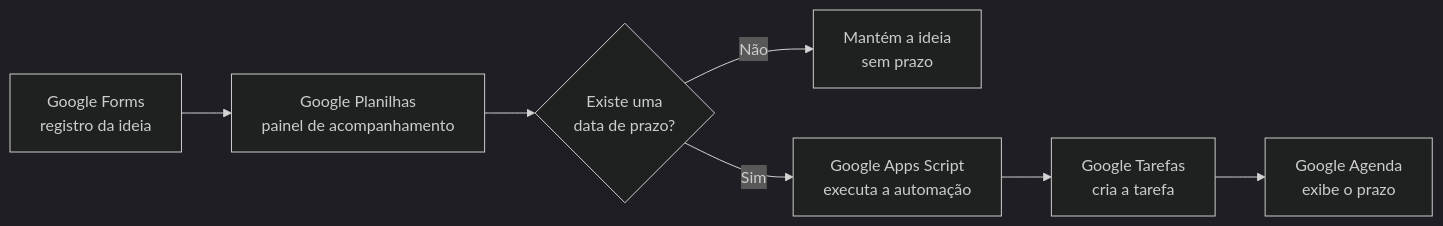
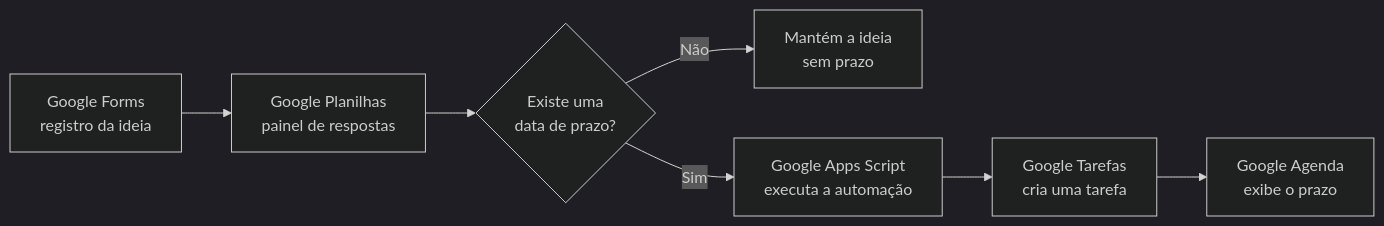
One commit to Moniquetceleuterio/fluxo-automatizado-de-ideias changed the diagram in README.md. Above: the diagram before and after it, drawn with Mermaid (dark theme). The commit also changed other lines of this file, not shown here.

````diff
--- a/README.md
+++ b/README.md
@@ -9,9 +11,9 @@
 ```mermaid
 flowchart LR
-    A["Google Forms<br>registro da ideia"] --> B["Google Planilhas<br>painel de acompanhamento"]
+    A["Google Forms<br>registro da ideia"] --> B["Google Planilhas<br>painel de respostas"]
     B --> C{"Existe uma<br>data de prazo?"}
     C -- "Não" --> D["Mantém a ideia<br>sem prazo"]
     C -- "Sim" --> E["Google Apps Script<br>executa a automação"]
-    E --> F["Google Tarefas<br>cria a tarefa"]
+    E --> F["Google Tarefas<br>cria uma tarefa"]
     F --> G["Google Agenda<br>exibe o prazo"]
 ```
````
